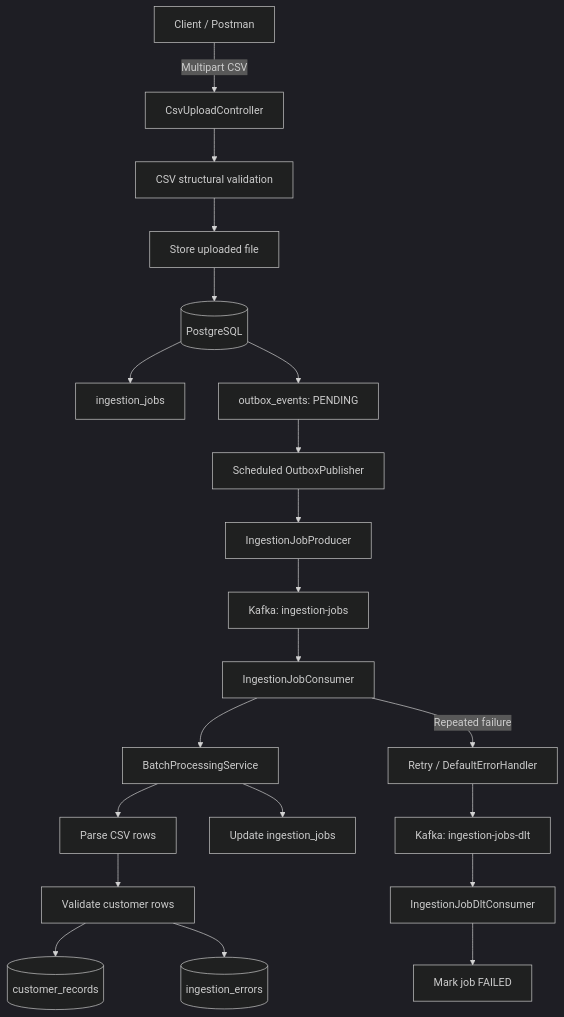
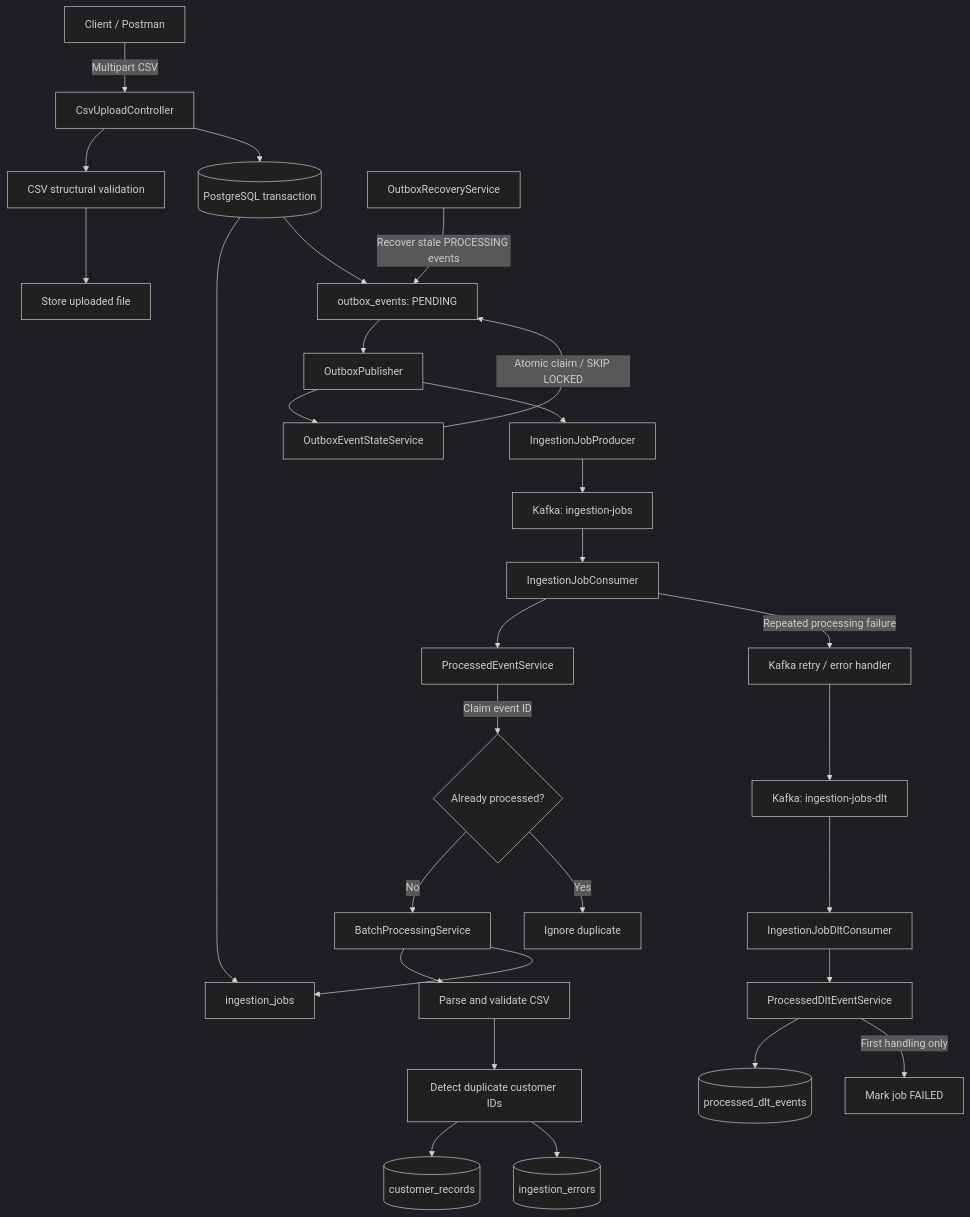
The diagram in README.md (codewithsurya27/distributed-data-platform), drawn with Mermaid (dark theme) before and after one commit. The commit also changed other lines of this file, not shown here.

````diff
--- a/README.md
+++ b/README.md
@@ -43,23 +55,35 @@
 ```mermaid
 flowchart TD
     A[Client / Postman] -->|Multipart CSV| B[CsvUploadController]
     B --> C[CSV structural validation]
     C --> D[Store uploaded file]
-    D --> E[(PostgreSQL)]
-    E --> F[ingestion_jobs]
-    E --> G[outbox_events: PENDING]
-    G --> H[Scheduled OutboxPublisher]
-    H --> I[IngestionJobProducer]
-    I --> J[Kafka: ingestion-jobs]
-    J --> K[IngestionJobConsumer]
-    K --> L[BatchProcessingService]
-    L --> M[Parse CSV rows]
-    M --> N[Validate customer rows]
-    N --> O[(customer_records)]
-    N --> P[(ingestion_errors)]
-    L --> Q[Update ingestion_jobs]
-    K -->|Repeated failure| R[Retry / DefaultErrorHandler]
-    R --> S[Kafka: ingestion-jobs-dlt]
-    S --> T[IngestionJobDltConsumer]
-    T --> U[Mark job FAILED]
+    B --> E[(PostgreSQL transaction)]
+    E --> J[ingestion_jobs]
+    E --> K[outbox_events: PENDING]
+
+    K --> L[OutboxPublisher]
+    L --> M[OutboxEventStateService]
+    M -->|Atomic claim / SKIP LOCKED| K
+    L --> N[IngestionJobProducer]
+    N --> O[Kafka: ingestion-jobs]
+
+    O --> P[IngestionJobConsumer]
+    P --> Q[ProcessedEventService]
+    Q -->|Claim event ID| R{Already processed?}
+    R -->|No| S[BatchProcessingService]
+    R -->|Yes| T[Ignore duplicate]
+    S --> U[Parse and validate CSV]
+    U --> V[Detect duplicate customer IDs]
+    V --> W[(customer_records)]
+    V --> X[(ingestion_errors)]
+    S --> J
+
+    P -->|Repeated processing failure| Y[Kafka retry / error handler]
+    Y --> Z[Kafka: ingestion-jobs-dlt]
+    Z --> AA[IngestionJobDltConsumer]
+    AA --> AB[ProcessedDltEventService]
+    AB --> AC[(processed_dlt_events)]
+    AB -->|First handling only| AD[Mark job FAILED]
+
+    AE[OutboxRecoveryService] -->|Recover stale PROCESSING events| K
 ```
````
